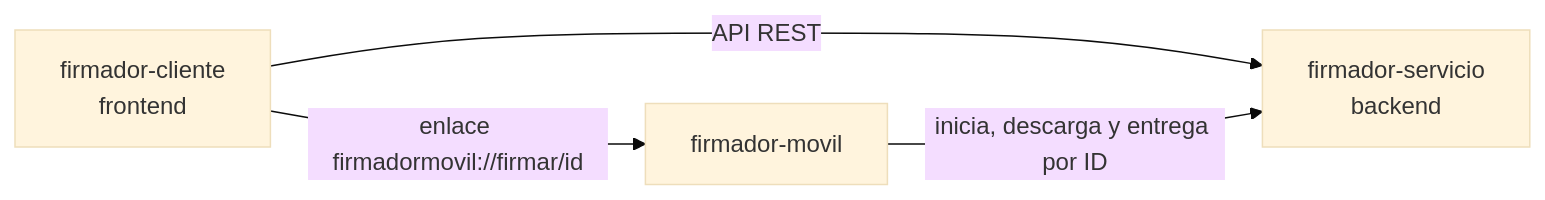
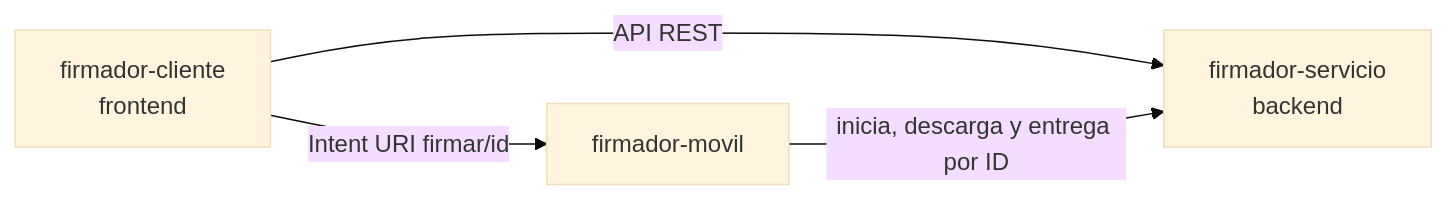
Before and after one commit to AlexQuispe/firmador-cliente: the diagram in docs/ESPECIFICACIONES_TECNICAS.md, drawn with Mermaid (base theme). The commit also changed 1 other file, not shown here.

Commit message:
docs: :memo: enlace de apertura como Intent URI de Chrome

````diff
--- a/docs/ESPECIFICACIONES_TECNICAS.md
+++ b/docs/ESPECIFICACIONES_TECNICAS.md
@@ -15,6 +15,6 @@
 ```mermaid
 flowchart LR
     C[firmador-cliente<br/>frontend] -- API REST --> S[firmador-servicio<br/>backend]
-    C -- enlace firmadormovil://firmar/id --> M[firmador-movil]
+    C -- Intent URI firmar/id --> M[firmador-movil]
     M -- inicia, descarga y entrega por ID --> S
 ```
````
